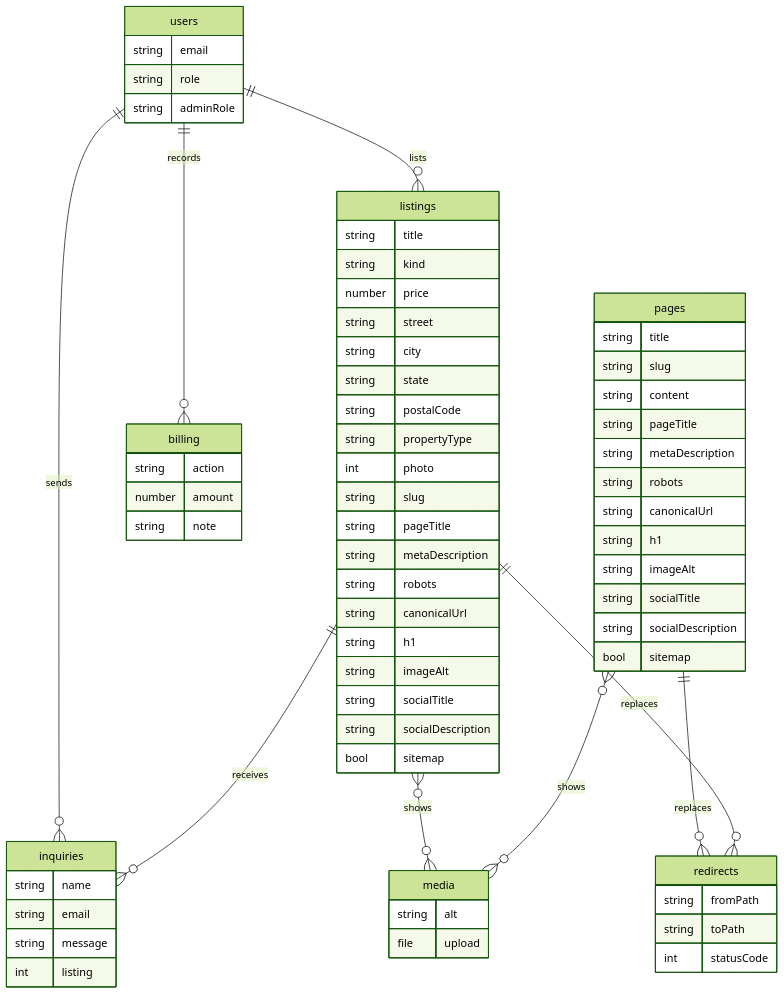
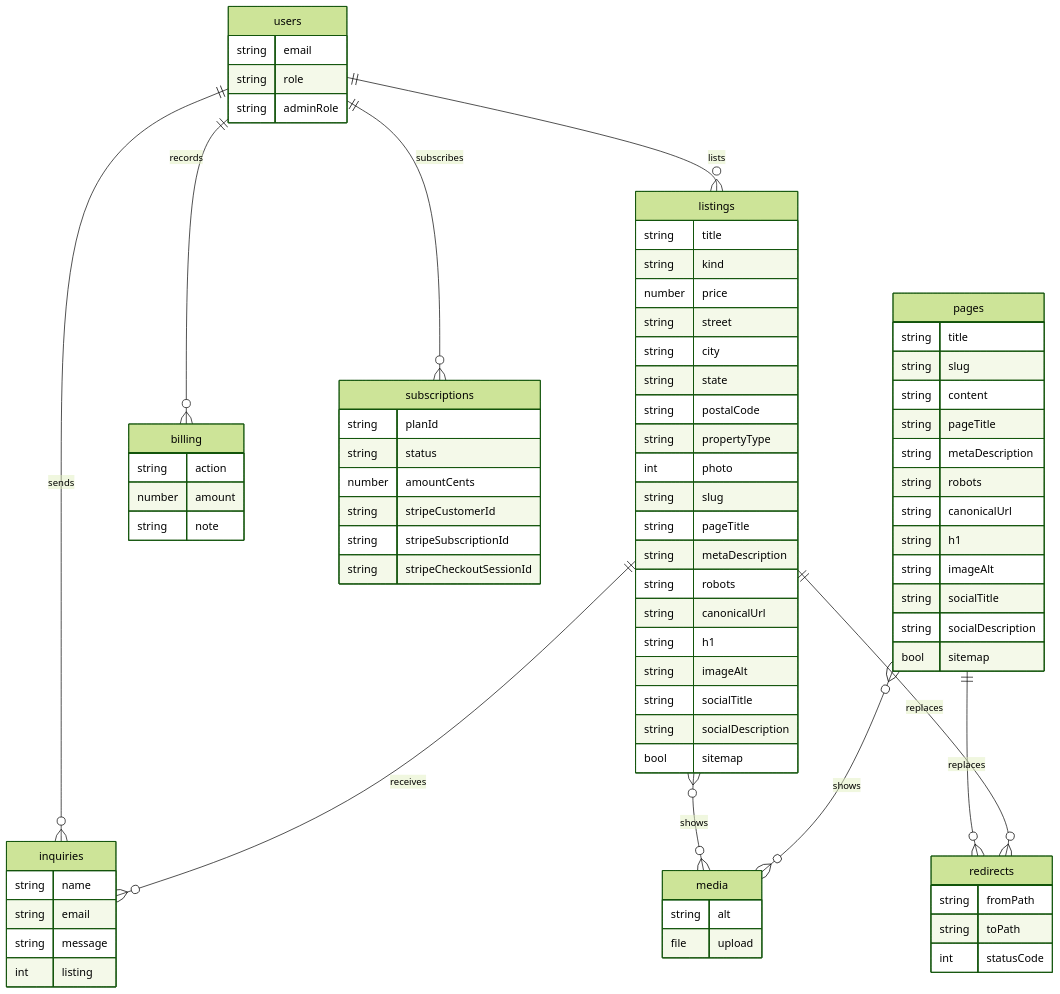
One commit to Valerri000/Reatics changed the first of 4 diagrams in docs/entity-diagram.md. Above: the diagram before and after it, drawn with Mermaid (forest theme). The commit also changed other lines of this file and 3 other files, not shown here.

Commit message:
Draw subscriptions on the entity diagram.

```diff
--- a/docs/entity-diagram.md
+++ b/docs/entity-diagram.md
@@ -6,6 +6,7 @@
 erDiagram
   users ||--o{ listings : lists
   users ||--o{ billing : records
+  users ||--o{ subscriptions : subscribes
   users ||--o{ inquiries : sends
   listings ||--o{ inquiries : receives
   listings }o--o{ media : shows
@@ -67,6 +68,15 @@
     string note
   }
 
+  subscriptions {
+    string planId
+    string status
+    number amountCents
+    string stripeCustomerId
+    string stripeSubscriptionId
+    string stripeCheckoutSessionId
+  }
+
   redirects {
     string fromPath
     string toPath
```
